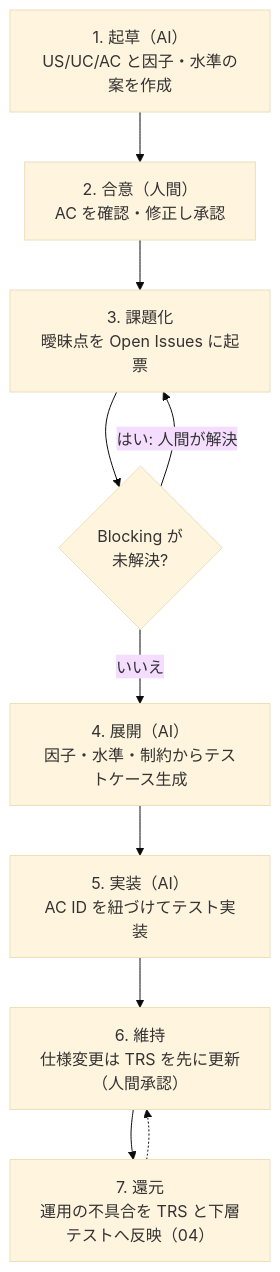
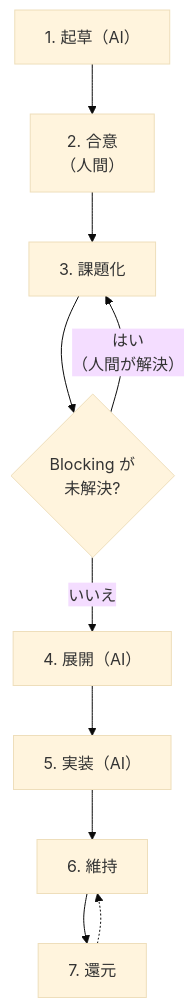
The third of 3 diagrams in docs/testing/03-trs-guideline.md (toshio-shiratori/harness-test-strategy), drawn with Mermaid (base theme) before and after one commit. The commit also changed other lines of this file and 5 other files, not shown here.

First line of the commit message:
docs: docs/testing の図で、ノード内の文字が GitHub 上で語の途中で折り返すのを直す (#210) (#220)

````diff
--- a/docs/testing/03-trs-guideline.md
+++ b/docs/testing/03-trs-guideline.md
@@ -225,15 +225,15 @@
 ```mermaid
 flowchart TB
-  S1["1. 起草（AI）<br/>US/UC/AC と因子・水準の案を作成"]
-  S2["2. 合意（人間）<br/>AC を確認・修正し承認"]
-  S3["3. 課題化<br/>曖昧点を Open Issues に起票"]
+  S1["1. 起草（AI）"]
+  S2["2. 合意<br/>（人間）"]
+  S3["3. 課題化"]
   G{"Blocking が<br/>未解決?"}
-  S4["4. 展開（AI）<br/>因子・水準・制約からテストケース生成"]
-  S5["5. 実装（AI）<br/>AC ID を紐づけてテスト実装"]
-  S6["6. 維持<br/>仕様変更は TRS を先に更新（人間承認）"]
-  S7["7. 還元<br/>運用の不具合を TRS と下層テストへ反映（04）"]
+  S4["4. 展開（AI）"]
+  S5["5. 実装（AI）"]
+  S6["6. 維持"]
+  S7["7. 還元"]
   S1 --> S2 --> S3 --> G
-  G -- "はい: 人間が解決" --> S3
+  G -- "はい<br/>（人間が解決）" --> S3
   G -- "いいえ" --> S4 --> S5 --> S6 --> S7
   S7 -.-> S6
 ```
````
